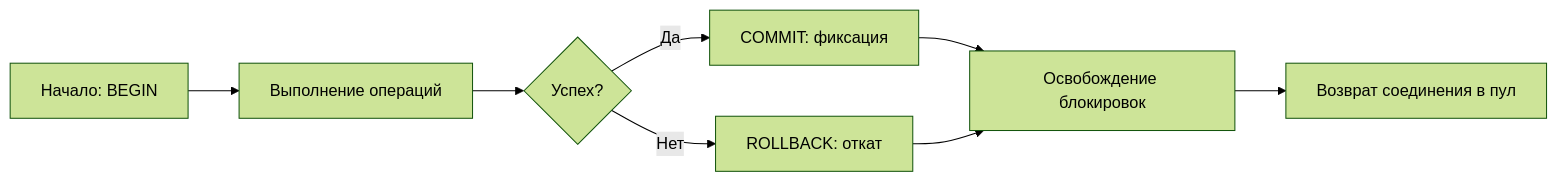
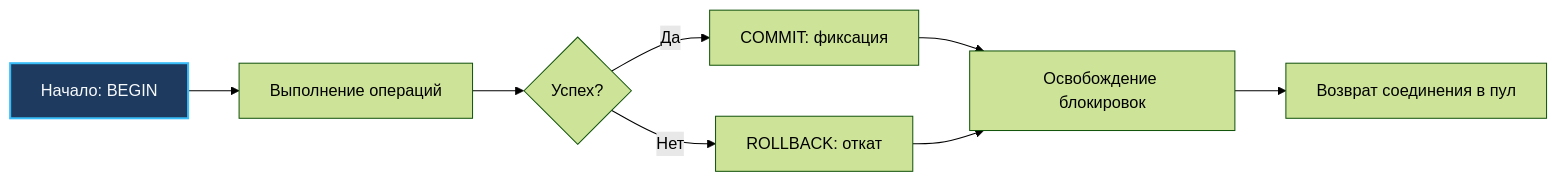
Before and after one commit to UnrealTemplier/go-textbook: the first of 2 diagrams in sources/12. Базы данных/05. Транзакции и внутренности/2. Транзакции и уровни изоляции.md, drawn with Mermaid (forest theme). The commit also changed 1666 other files, not shown here.

First line of the commit message:
feat(mermaid): add semantic color classDef to 1369 colorless flowchart/graph diagrams

````diff
--- a/sources/12. Базы данных/05. Транзакции и внутренности/2. Транзакции и уровни изоляции.md
+++ b/sources/12. Базы данных/05. Транзакции и внутренности/2. Транзакции и уровни изоляции.md
@@ -14,10 +14,20 @@
 ```mermaid
 flowchart LR
-    A["Начало: BEGIN"] --> B["Выполнение операций"]
+    classDef process  fill:#1e293b,stroke:#38bdf8,stroke-width:1px,color:#f8fafc
+    classDef success  fill:#064e3b,stroke:#34d399,stroke-width:1px,color:#f8fafc
+    classDef error    fill:#7f1d1d,stroke:#f87171,stroke-width:1px,color:#f8fafc
+    classDef warning  fill:#78350f,stroke:#fbbf24,stroke-width:1px,color:#f8fafc
+    classDef entry    fill:#1e3a5f,stroke:#38bdf8,stroke-width:2px,color:#f8fafc
+    classDef aux      fill:#334155,stroke:#64748b,stroke-width:1px,color:#f8fafc
+    classDef system   fill:#312e81,stroke:#a78bfa,stroke-width:1px,color:#f8fafc
+    classDef data     fill:#132d29,stroke:#2dd4bf,stroke-width:1px,color:#f8fafc
+    classDef network  fill:#881337,stroke:#fb7185,stroke-width:1px,color:#f8fafc
+    classDef accent   fill:#1e1b4b,stroke:#818cf8,stroke-width:1px,color:#f8fafc
+    A["Начало: BEGIN"]:::entry --> B["Выполнение операций"]
     B --> C{"Успех?"}
     C -->|Да| D["COMMIT: фиксация"]
     C -->|Нет| E["ROLLBACK: откат"]
     D --> F["Освобождение блокировок"]
     E --> F
     F --> G["Возврат соединения в пул"]
 ```
````
